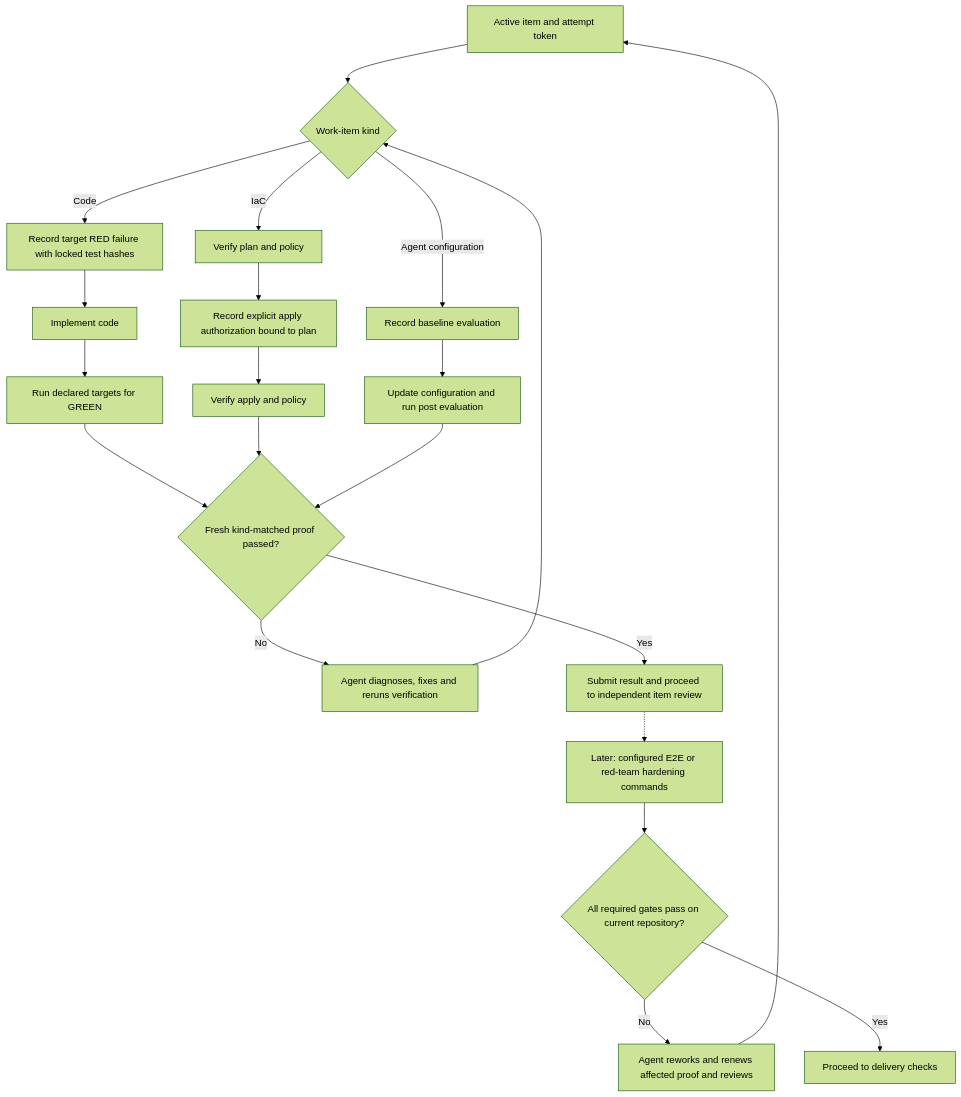
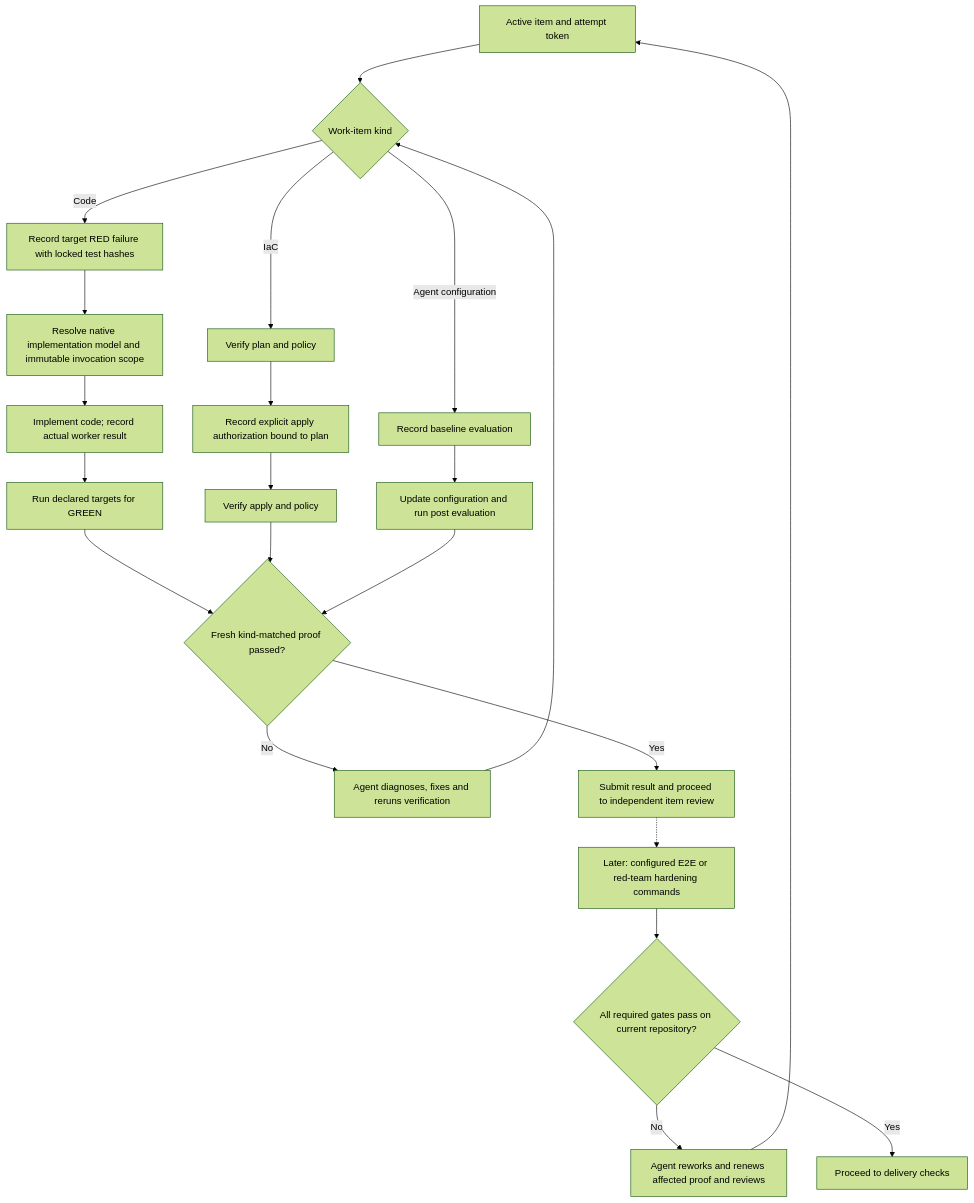
Before and after one commit to wgentil/devflow: the diagram in skills/build-work/SKILL.md, drawn with Mermaid (forest theme). The commit also changed other lines of this file and 48 other files, not shown here.

````diff
--- a/skills/build-work/SKILL.md
+++ b/skills/build-work/SKILL.md
@@ -10,23 +10,24 @@
 ```mermaid
 flowchart TD
     Attempt["Active item and attempt token"] --> Kind{"Work-item kind"}
     Kind -->|Code| Red["Record target RED failure with locked test hashes"]
-    Red --> Code["Implement code"]
+    Red --> Native["Resolve native implementation model and immutable invocation scope"]
+    Native --> Code["Implement code; record actual worker result"]
     Code --> Green["Run declared targets for GREEN"]
     Kind -->|IaC| Plan["Verify plan and policy"]
     Plan --> Auth["Record explicit apply authorization bound to plan"]
     Auth --> Apply["Verify apply and policy"]
     Kind -->|Agent configuration| Baseline["Record baseline evaluation"]
     Baseline --> Config["Update configuration and run post evaluation"]
     Green --> Passed{"Fresh kind-matched proof passed?"}
     Apply --> Passed
     Config --> Passed
     Passed -->|No| Fix["Agent diagnoses, fixes and reruns verification"]
     Fix --> Kind
     Passed -->|Yes| Result["Submit result and proceed to independent item review"]
     Result -.-> Gates["Later: configured E2E or red-team hardening commands"]
     Gates --> GatePass{"All required gates pass on current repository?"}
     GatePass -->|No| Rework["Agent reworks and renews affected proof and reviews"]
     Rework --> Attempt
     GatePass -->|Yes| Delivery["Proceed to delivery checks"]
 ```
````
